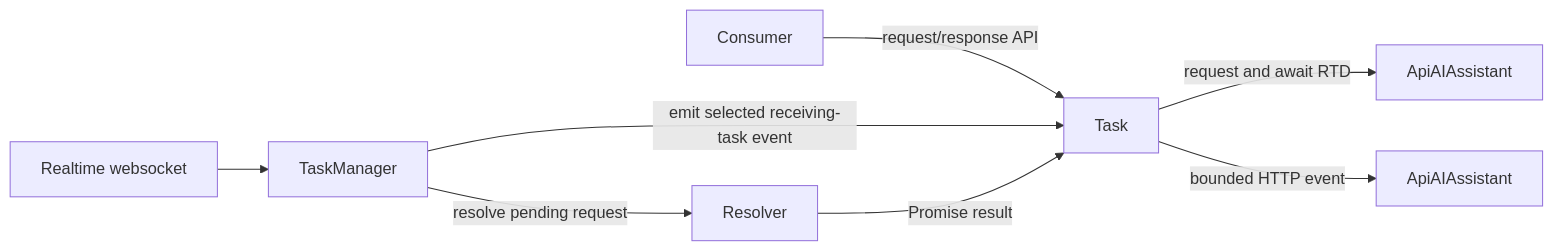
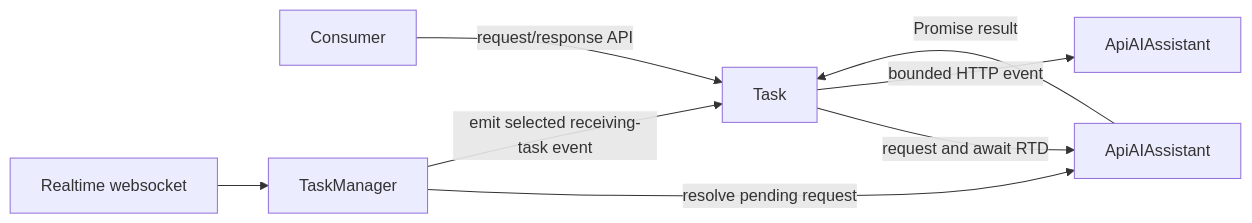
One commit to webex/webex-js-sdk changed the sixth of 10 diagrams in packages/@webex/contact-center/src/services/task/ai-docs/ARCHITECTURE.md. Above: the diagram before and after it, drawn with Mermaid. The commit also changed other lines of this file and 19 other files, not shown here.

````diff
--- a/packages/@webex/contact-center/src/services/task/ai-docs/ARCHITECTURE.md
+++ b/packages/@webex/contact-center/src/services/task/ai-docs/ARCHITECTURE.md
@@ -388,10 +388,10 @@
 ```mermaid
 flowchart LR
   App[Consumer] -->|request/response API| Task
   Task -->|request and await RTD| Api[ApiAIAssistant]
   Task -->|bounded HTTP event| API[ApiAIAssistant]
   RTD[Realtime websocket] --> TM[TaskManager]
-  TM -->|resolve pending request| Resolver
+  TM -->|resolve pending request| Api
   TM -->|emit selected receiving-task event| Task
-  Resolver -->|Promise result| Task
+  Api -->|Promise result| Task
 ```
````
